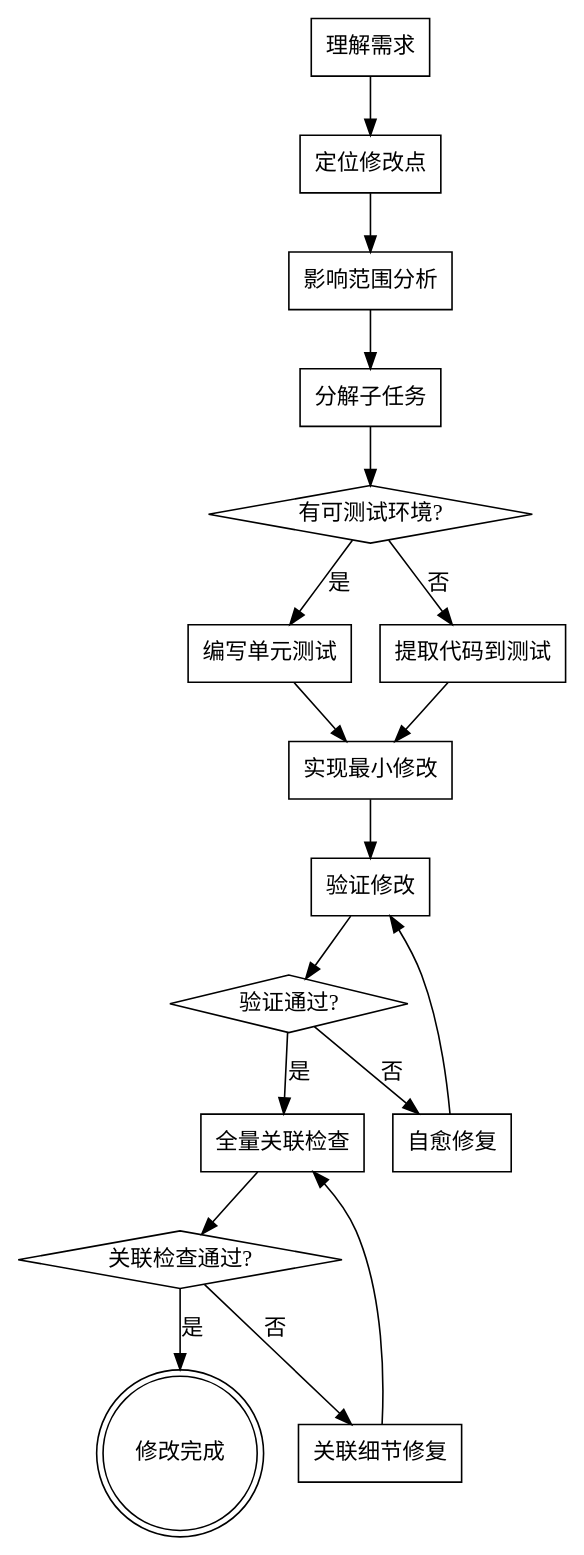
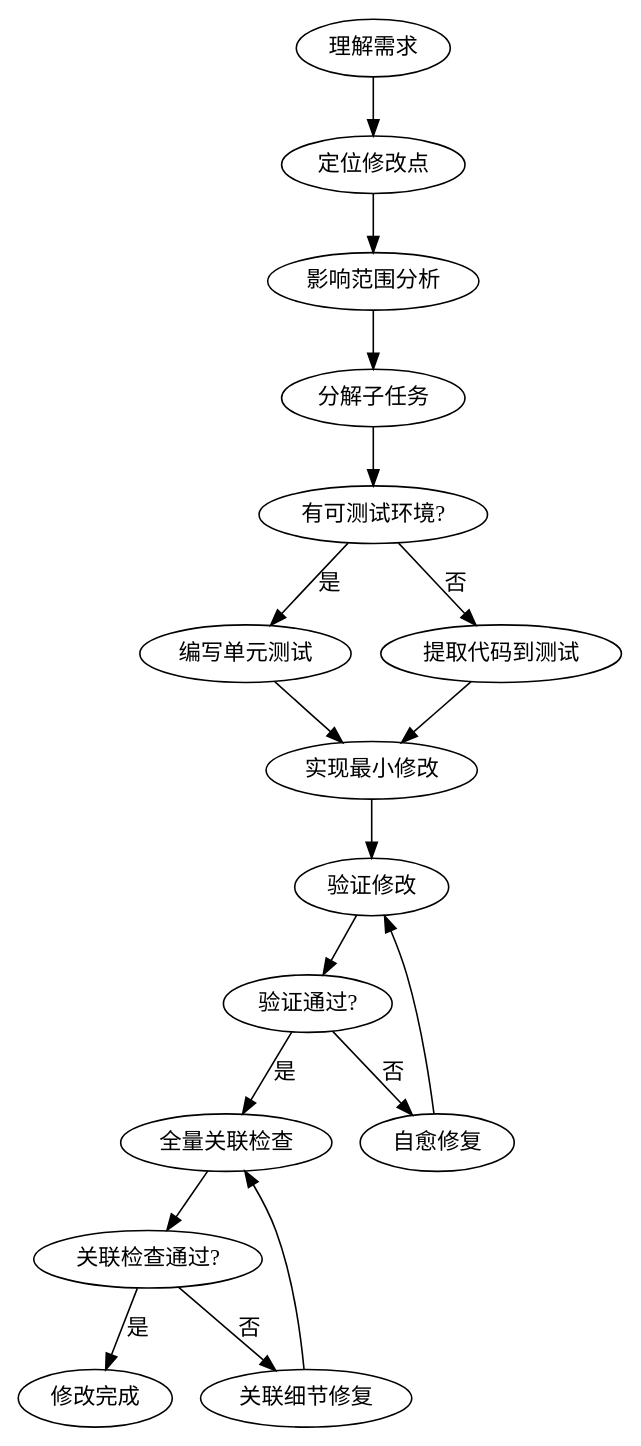
One commit to hellyguo/self-ai-spec changed the first of 2 diagrams in skills/code-part-modification/SKILL.md. Above: the diagram before and after it, drawn with Graphviz. The commit also changed other lines of this file and 84 other files, not shown here.

````diff
--- a/skills/code-part-modification/SKILL.md
+++ b/skills/code-part-modification/SKILL.md
@@ -40,39 +24,22 @@
 ```dot
 digraph code_part {
     rankdir=TB;
-    
-    "理解需求" [shape=box];
-    "定位修改点" [shape=box];
-    "影响范围分析" [shape=box];
-    "分解子任务" [shape=box];
-    "有可测试环境?" [shape=diamond];
-    "编写单元测试" [shape=box];
-    "提取代码到测试" [shape=box];
-    "实现最小修改" [shape=box];
-    "验证修改" [shape=box];
-    "验证通过?" [shape=diamond];
-    "全量关联检查" [shape=box];
-    "关联检查通过?" [shape=diamond];
-    "修改完成" [shape=doublecircle];
-    "自愈修复" [shape=box];
-    "关联细节修复" [shape=box];
-    
     "理解需求" -> "定位修改点";
     "定位修改点" -> "影响范围分析";
     "影响范围分析" -> "分解子任务";
     "分解子任务" -> "有可测试环境?";
     "有可测试环境?" -> "编写单元测试" [label="是"];
     "有可测试环境?" -> "提取代码到测试" [label="否"];
     "编写单元测试" -> "实现最小修改";
     "提取代码到测试" -> "实现最小修改";
     "实现最小修改" -> "验证修改";
     "验证修改" -> "验证通过?";
     "验证通过?" -> "全量关联检查" [label="是"];
     "验证通过?" -> "自愈修复" [label="否"];
     "自愈修复" -> "验证修改";
     "全量关联检查" -> "关联检查通过?";
     "关联检查通过?" -> "修改完成" [label="是"];
     "关联检查通过?" -> "关联细节修复" [label="否"];
     "关联细节修复" -> "全量关联检查";
 }
 ```
````
